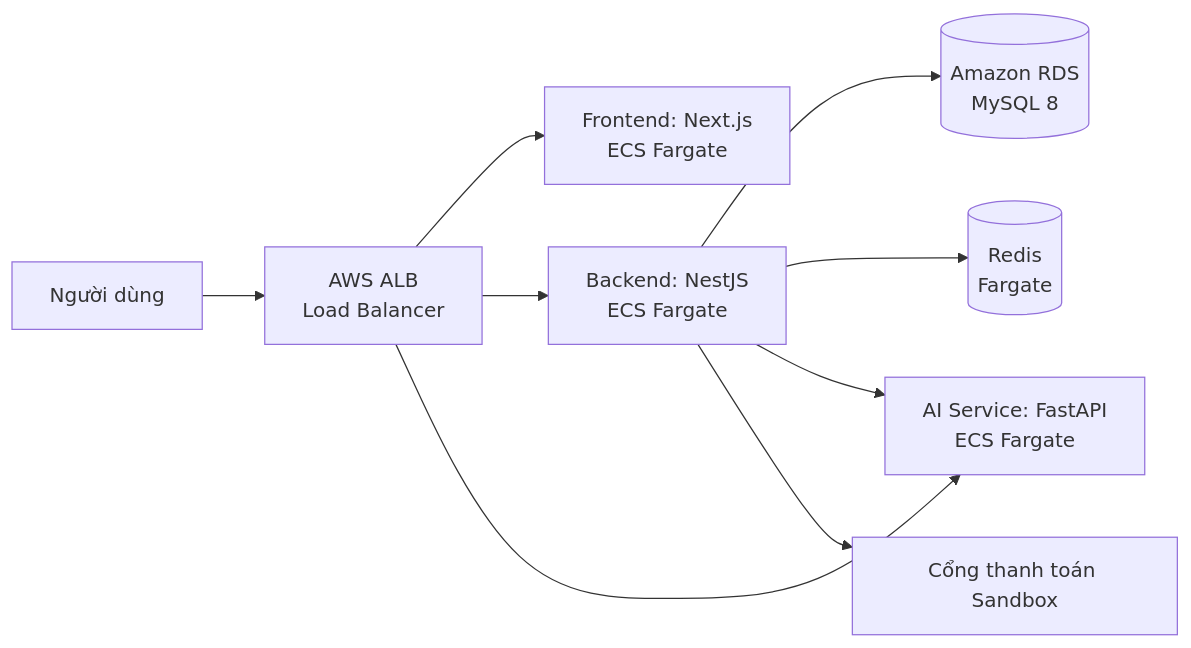
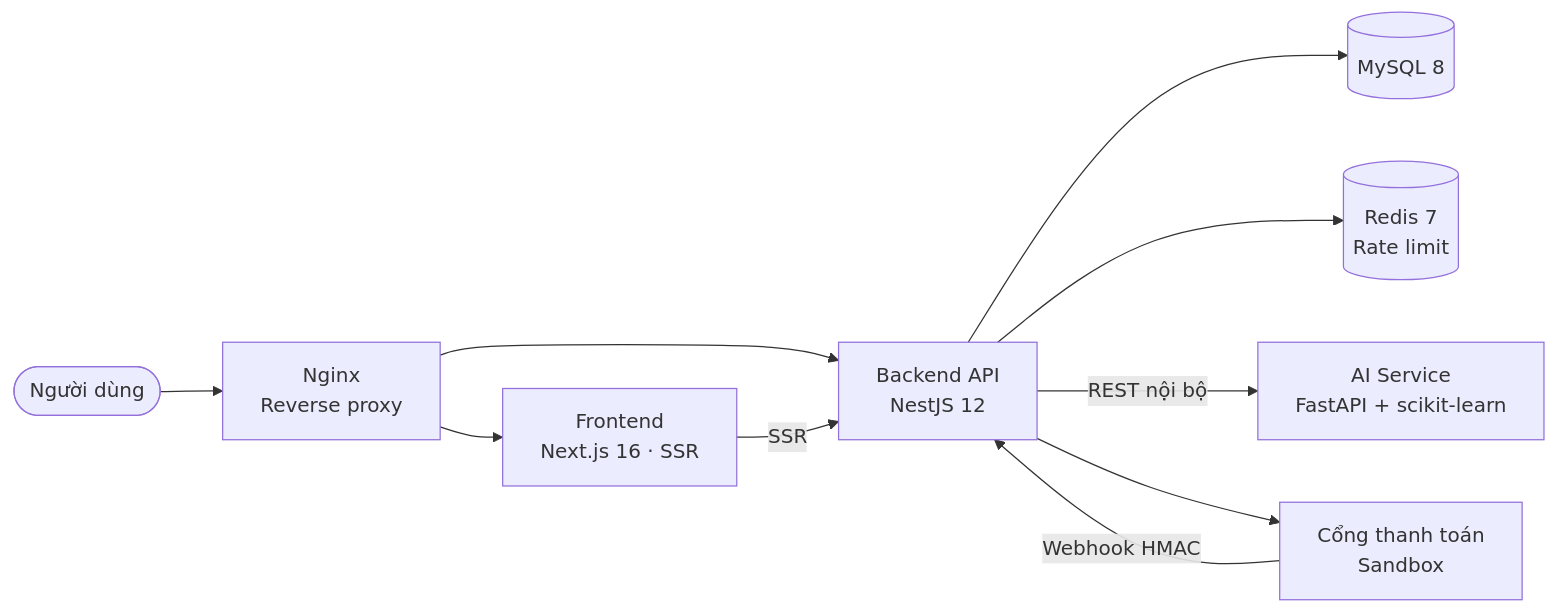
The third of 3 diagrams in README.md (nhanhuutran007/DATN_2627_Website), drawn with Mermaid before and after one commit. The commit also changed other lines of this file, not shown here.

````diff
--- a/README.md
+++ b/README.md
@@ -96,11 +229,12 @@
 ```mermaid
 flowchart LR
-    U[Người dùng] --> ALB[AWS ALB<br/>Load Balancer]
-    ALB --> FE[Frontend: Next.js<br/>ECS Fargate]
-    ALB --> BE[Backend: NestJS<br/>ECS Fargate]
-    ALB --> AI[AI Service: FastAPI<br/>ECS Fargate]
-    BE --> DB[(Amazon RDS<br/>MySQL 8)]
-    BE --> CACHE[(Redis<br/>Fargate)]
-    BE --> AI
-    BE --> PAY[Cổng thanh toán Sandbox]
+    U([Người dùng]) --> NG[Nginx<br/>Reverse proxy]
+    NG --> FE[Frontend<br/>Next.js 16 · SSR]
+    NG --> BE[Backend API<br/>NestJS 12]
+    FE -- SSR --> BE
+    BE --> DB[(MySQL 8)]
+    BE --> RD[(Redis 7<br/>Rate limit)]
+    BE -- REST nội bộ --> AI[AI Service<br/>FastAPI + scikit-learn]
+    BE --> PAY[Cổng thanh toán<br/>Sandbox]
+    PAY -- Webhook HMAC --> BE
 ```
````
